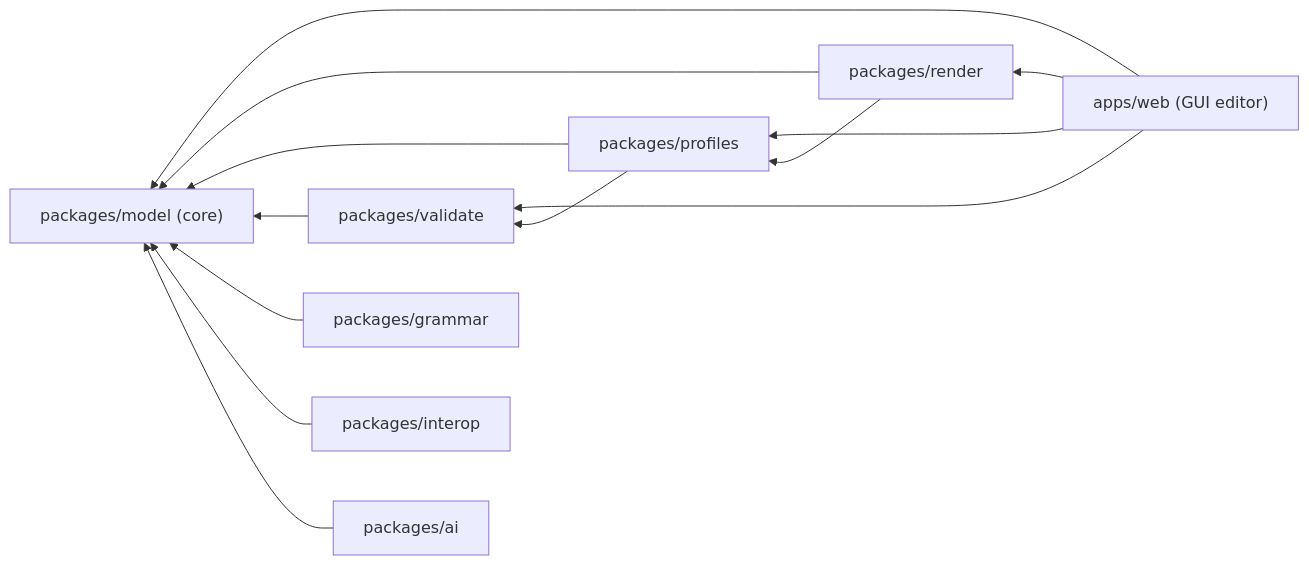
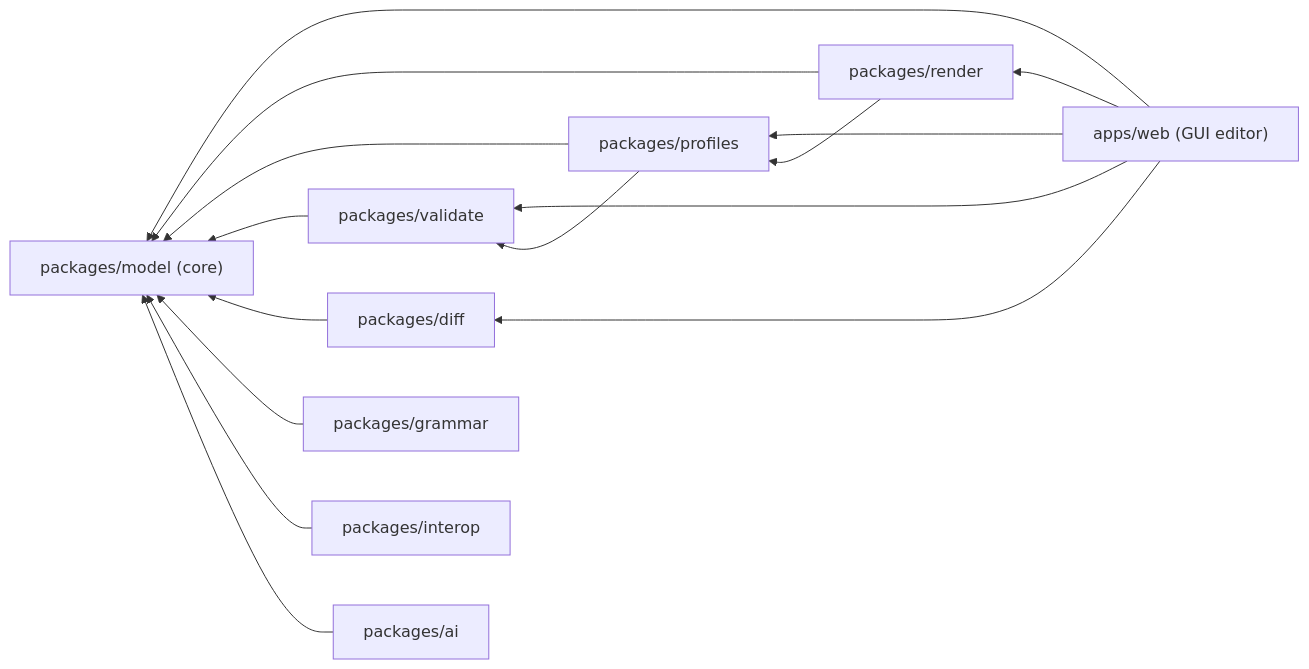
The diagram in sdd/README.md (Pipeliner/psyuml), drawn with Mermaid before and after one commit. The commit also changed other lines of this file and 10 other files, not shown here.

````diff
--- a/sdd/README.md
+++ b/sdd/README.md
@@ -55,16 +55,18 @@
 ```mermaid
 flowchart RL
     web["apps/web (GUI editor)"] --> render
     web --> validate
     web --> profiles
+    web --> diff
     web --> model
     render["packages/render"] --> profiles
     render --> model
     profiles["packages/profiles"] --> validate
     profiles --> model
     validate["packages/validate"] --> model
+    diff["packages/diff"] --> model
     grammar["packages/grammar"] --> model
     interop["packages/interop"] --> model
     ai["packages/ai"] --> model
     model["packages/model (core)"]
 ```
````
